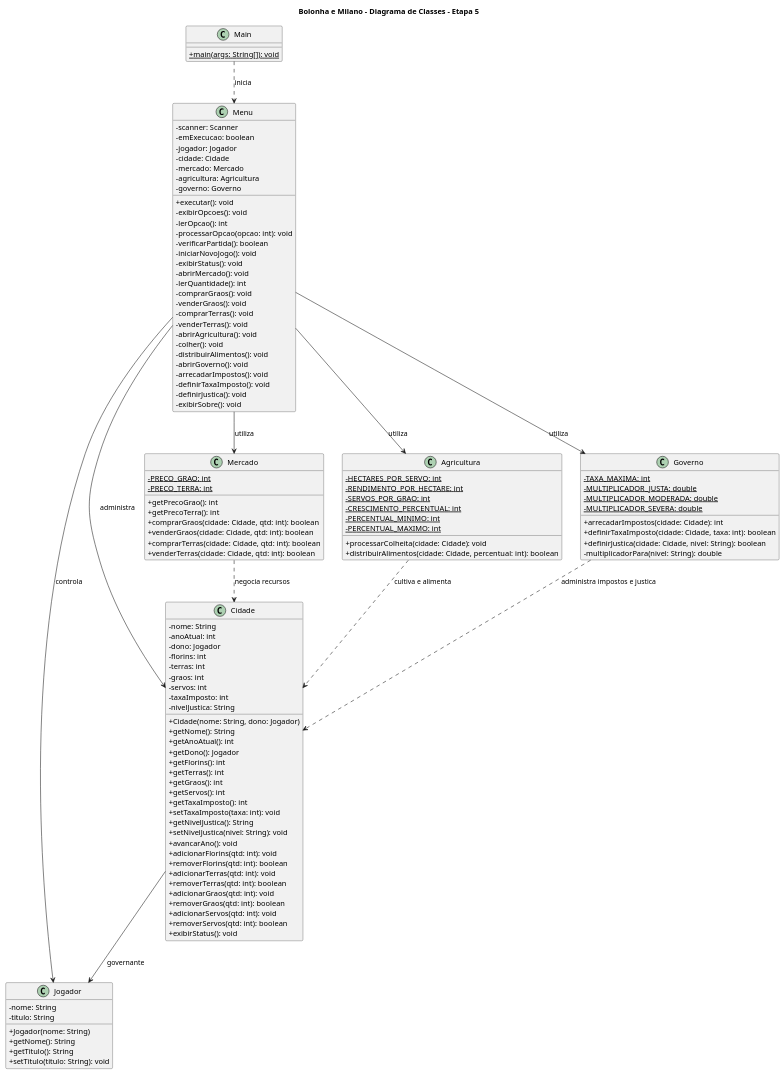
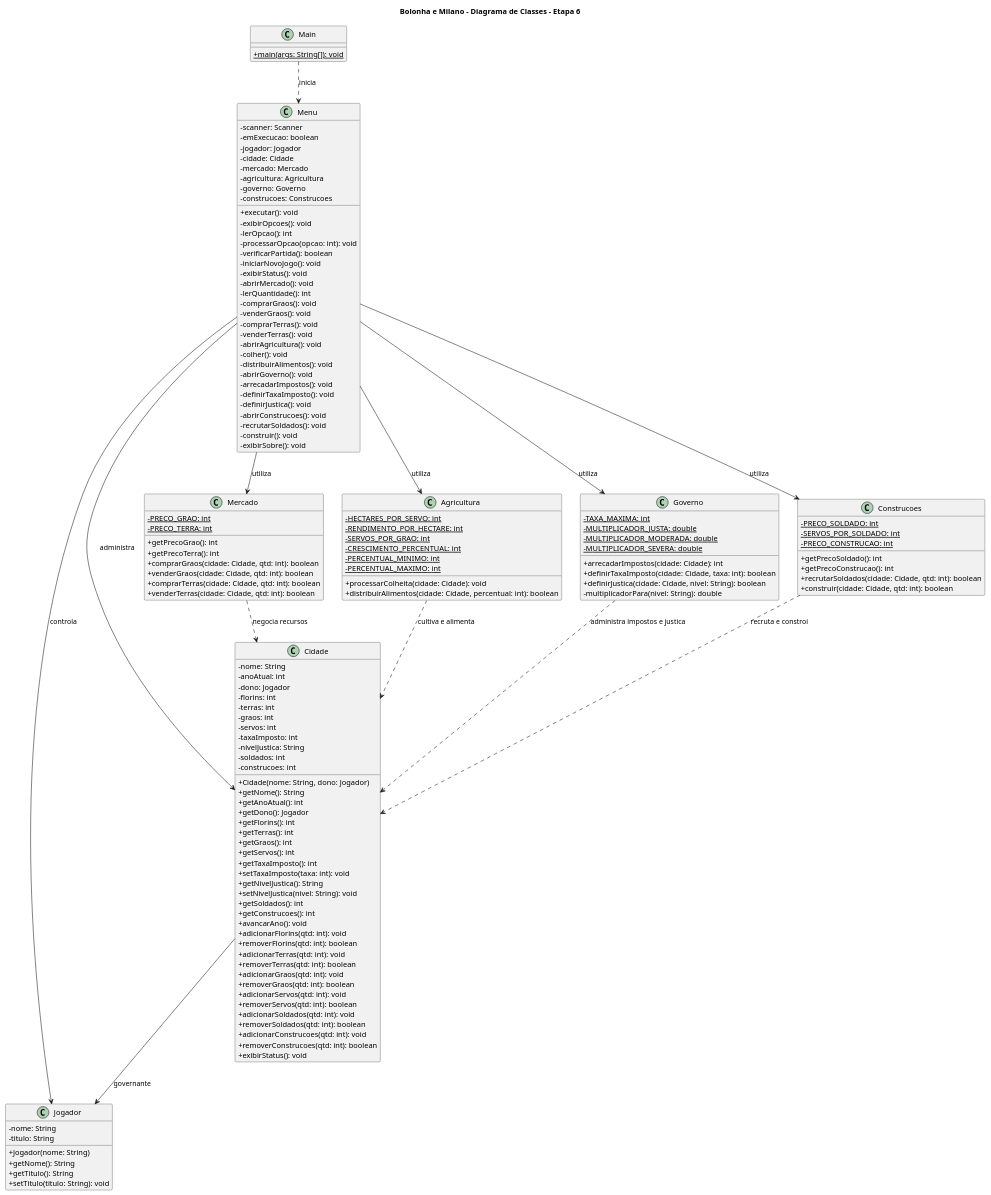
One commit to logalfran/projeto-bolonha-e-milano changed the diagram in uml/Diagrama-de-classes.puml. Above: the diagram before and after it, drawn with PlantUML. The commit also changed 4 other files, not shown here.

Commit message:
Etapa 6: construcoes, soldados e diagramas UML

```diff
--- a/uml/Diagrama-de-classes.puml
+++ b/uml/Diagrama-de-classes.puml
@@ -1,139 +1,164 @@
 @startuml
-title Bolonha e Milano - Diagrama de Classes - Etapa 5
+title Bolonha e Milano - Diagrama de Classes - Etapa 6
 
 skinparam classAttributeIconSize 0
 
 class Main {
     + {static} main(args: String[]): void
 }
 
 class Menu {
     - scanner: Scanner
     - emExecucao: boolean
     - jogador: Jogador
     - cidade: Cidade
     - mercado: Mercado
     - agricultura: Agricultura
     - governo: Governo
+    - construcoes: Construcoes
 
     + executar(): void
     - exibirOpcoes(): void
     - lerOpcao(): int
     - processarOpcao(opcao: int): void
     - verificarPartida(): boolean
     - iniciarNovoJogo(): void
     - exibirStatus(): void
     - abrirMercado(): void
     - lerQuantidade(): int
     - comprarGraos(): void
     - venderGraos(): void
     - comprarTerras(): void
     - venderTerras(): void
     - abrirAgricultura(): void
     - colher(): void
     - distribuirAlimentos(): void
     - abrirGoverno(): void
     - arrecadarImpostos(): void
     - definirTaxaImposto(): void
     - definirJustica(): void
+    - abrirConstrucoes(): void
+    - recrutarSoldados(): void
+    - construir(): void
     - exibirSobre(): void
 }
 
 class Jogador {
     - nome: String
     - titulo: String
 
     + Jogador(nome: String)
     + getNome(): String
     + getTitulo(): String
     + setTitulo(titulo: String): void
 }
 
 class Cidade {
     - nome: String
     - anoAtual: int
     - dono: Jogador
     - florins: int
     - terras: int
     - graos: int
     - servos: int
     - taxaImposto: int
     - nivelJustica: String
+    - soldados: int
+    - construcoes: int
 
     + Cidade(nome: String, dono: Jogador)
     + getNome(): String
     + getAnoAtual(): int
     + getDono(): Jogador
     + getFlorins(): int
     + getTerras(): int
     + getGraos(): int
     + getServos(): int
     + getTaxaImposto(): int
     + setTaxaImposto(taxa: int): void
     + getNivelJustica(): String
     + setNivelJustica(nivel: String): void
+    + getSoldados(): int
+    + getConstrucoes(): int
     + avancarAno(): void
     + adicionarFlorins(qtd: int): void
     + removerFlorins(qtd: int): boolean
     + adicionarTerras(qtd: int): void
     + removerTerras(qtd: int): boolean
     + adicionarGraos(qtd: int): void
     + removerGraos(qtd: int): boolean
     + adicionarServos(qtd: int): void
     + removerServos(qtd: int): boolean
+    + adicionarSoldados(qtd: int): void
+    + removerSoldados(qtd: int): boolean
+    + adicionarConstrucoes(qtd: int): void
+    + removerConstrucoes(qtd: int): boolean
     + exibirStatus(): void
 }
 
 class Mercado {
     - {static} PRECO_GRAO: int
     - {static} PRECO_TERRA: int
 
     + getPrecoGrao(): int
     + getPrecoTerra(): int
     + comprarGraos(cidade: Cidade, qtd: int): boolean
     + venderGraos(cidade: Cidade, qtd: int): boolean
     + comprarTerras(cidade: Cidade, qtd: int): boolean
     + venderTerras(cidade: Cidade, qtd: int): boolean
 }
 
 class Agricultura {
     - {static} HECTARES_POR_SERVO: int
     - {static} RENDIMENTO_POR_HECTARE: int
     - {static} SERVOS_POR_GRAO: int
     - {static} CRESCIMENTO_PERCENTUAL: int
     - {static} PERCENTUAL_MINIMO: int
     - {static} PERCENTUAL_MAXIMO: int
 
     + processarColheita(cidade: Cidade): void
     + distribuirAlimentos(cidade: Cidade, percentual: int): boolean
 }
 
-' Nova classe da Etapa 5
 class Governo {
     - {static} TAXA_MAXIMA: int
     - {static} MULTIPLICADOR_JUSTA: double
     - {static} MULTIPLICADOR_MODERADA: double
     - {static} MULTIPLICADOR_SEVERA: double
 
     + arrecadarImpostos(cidade: Cidade): int
     + definirTaxaImposto(cidade: Cidade, taxa: int): boolean
     + definirJustica(cidade: Cidade, nivel: String): boolean
     - multiplicadorPara(nivel: String): double
 }
 
+' Nova classe da Etapa 6
+class Construcoes {
+    - {static} PRECO_SOLDADO: int
+    - {static} SERVOS_POR_SOLDADO: int
+    - {static} PRECO_CONSTRUCAO: int
+
+    + getPrecoSoldado(): int
+    + getPrecoConstrucao(): int
+    + recrutarSoldados(cidade: Cidade, qtd: int): boolean
+    + construir(cidade: Cidade, qtd: int): boolean
+}
+
 ' Relacionamentos entre as classes
 Main ..> Menu : inicia
 
 Menu --> Jogador : controla
 Menu --> Cidade : administra
 Menu --> Mercado : utiliza
 Menu --> Agricultura : utiliza
 Menu --> Governo : utiliza
+Menu --> Construcoes : utiliza
 
 Cidade --> Jogador : governante
 
 Mercado ..> Cidade : negocia recursos
 Agricultura ..> Cidade : cultiva e alimenta
 Governo ..> Cidade : administra impostos e justica
+Construcoes ..> Cidade : recruta e constroi
 
 @enduml
```
